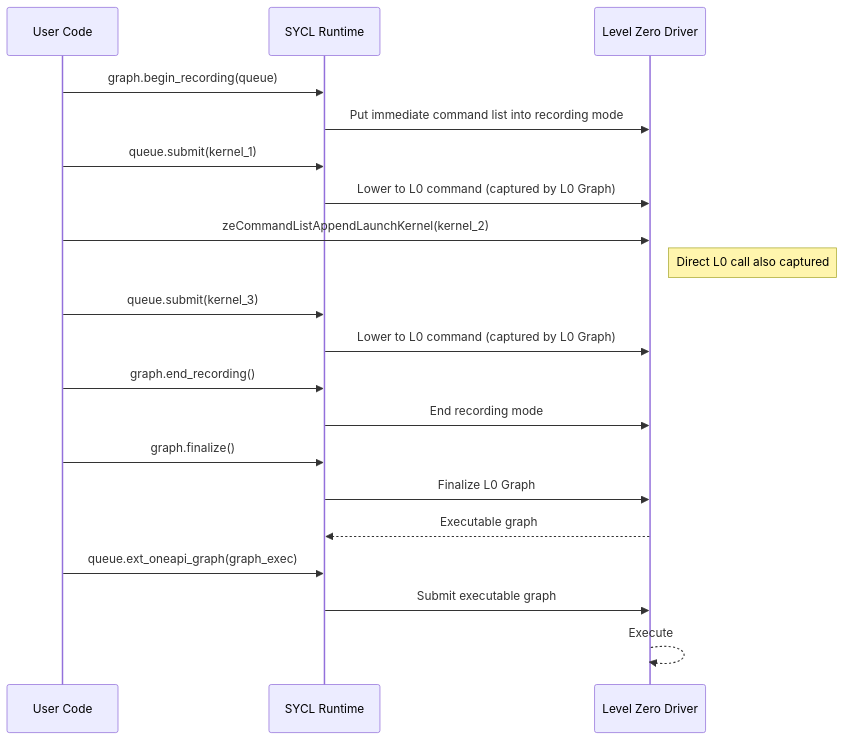
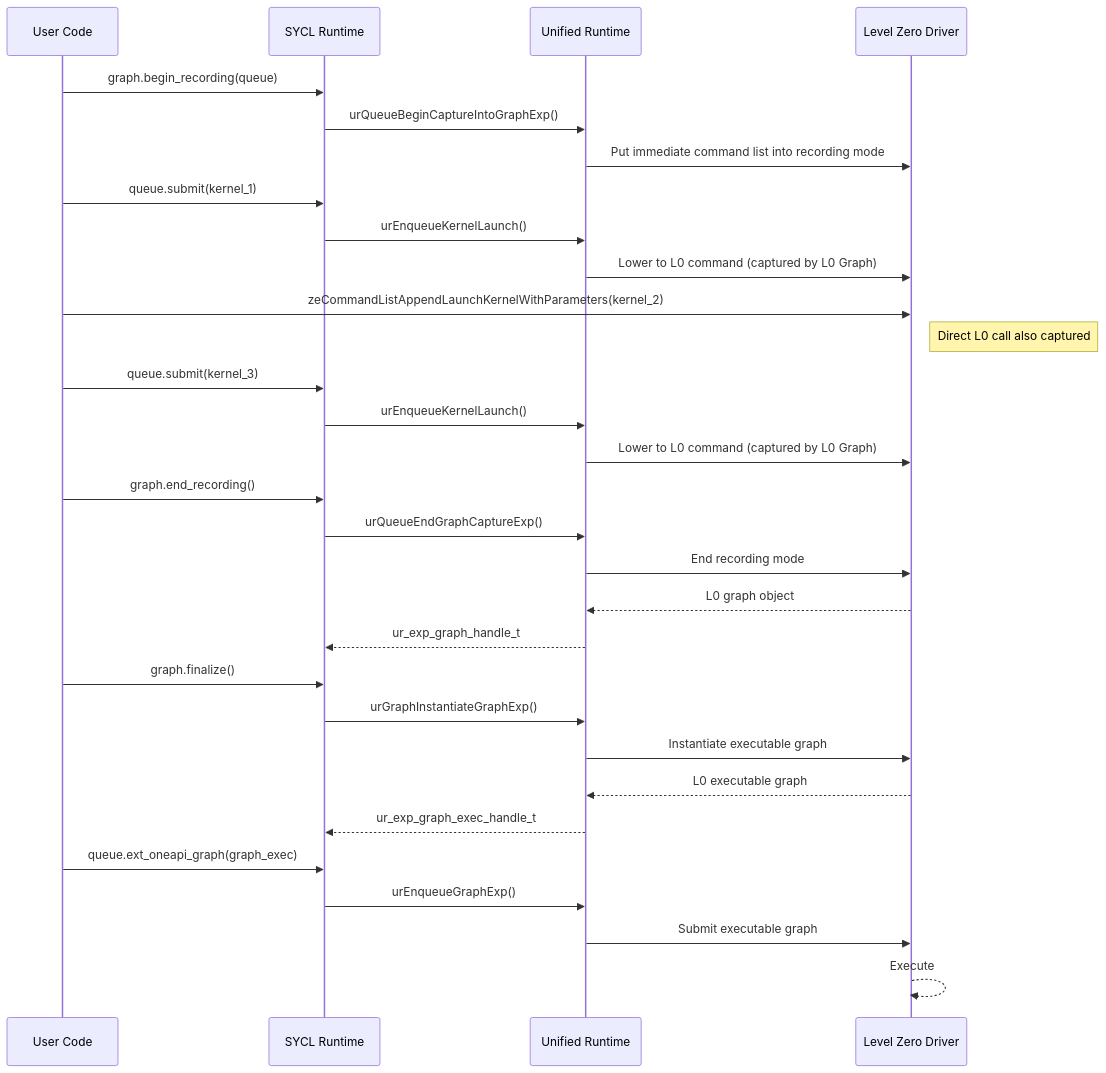
Before and after one commit to adamfidel/llvm: the second of 2 diagrams in sycl/doc/extensions/sandbox/sycl_graph_native_record_mode.md, drawn with Mermaid. The commit also changed other lines of this file, not shown here.

````diff
--- a/sycl/doc/extensions/sandbox/sycl_graph_native_record_mode.md
+++ b/sycl/doc/extensions/sandbox/sycl_graph_native_record_mode.md
@@ -70,29 +72,39 @@
 ```mermaid
 sequenceDiagram
     participant User as User Code
     participant SYCL as SYCL Runtime
+    participant UR as Unified Runtime
     participant L0 as Level Zero Driver
 
     User->>SYCL: graph.begin_recording(queue)
-    SYCL->>L0: Put immediate command list into recording mode
+    SYCL->>UR: urQueueBeginCaptureIntoGraphExp()
+    UR->>L0: Put immediate command list into recording mode
 
     User->>SYCL: queue.submit(kernel_1)
-    SYCL->>L0: Lower to L0 command (captured by L0 Graph)
+    SYCL->>UR: urEnqueueKernelLaunch()
+    UR->>L0: Lower to L0 command (captured by L0 Graph)
 
-    User->>L0: zeCommandListAppendLaunchKernel(kernel_2)
+    User->>L0: zeCommandListAppendLaunchKernelWithParameters(kernel_2)
     Note right of L0: Direct L0 call also captured
 
     User->>SYCL: queue.submit(kernel_3)
-    SYCL->>L0: Lower to L0 command (captured by L0 Graph)
+    SYCL->>UR: urEnqueueKernelLaunch()
+    UR->>L0: Lower to L0 command (captured by L0 Graph)
 
     User->>SYCL: graph.end_recording()
-    SYCL->>L0: End recording mode
+    SYCL->>UR: urQueueEndGraphCaptureExp()
+    UR->>L0: End recording mode
+    L0-->>UR: L0 graph object
+    UR-->>SYCL: ur_exp_graph_handle_t
 
     User->>SYCL: graph.finalize()
-    SYCL->>L0: Finalize L0 Graph
-    L0-->>SYCL: Executable graph
+    SYCL->>UR: urGraphInstantiateGraphExp()
+    UR->>L0: Instantiate executable graph
+    L0-->>UR: L0 executable graph
+    UR-->>SYCL: ur_exp_graph_exec_handle_t
 
     User->>SYCL: queue.ext_oneapi_graph(graph_exec)
-    SYCL->>L0: Submit executable graph
+    SYCL->>UR: urEnqueueGraphExp()
+    UR->>L0: Submit executable graph
     L0-->>L0: Execute
 ```
````
